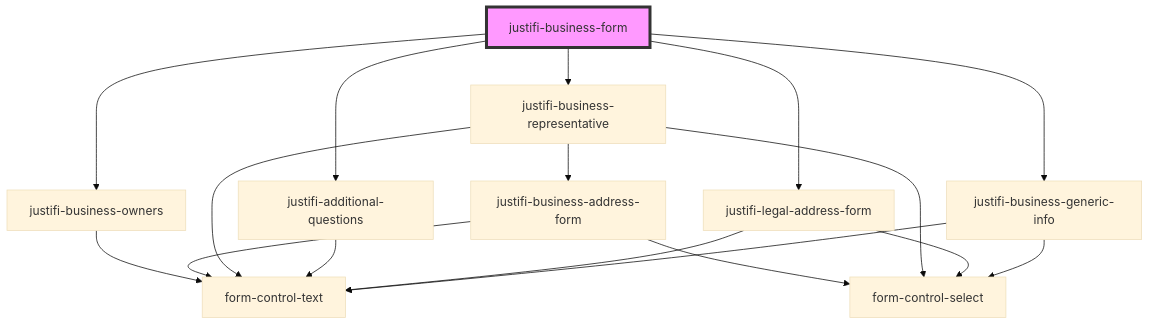
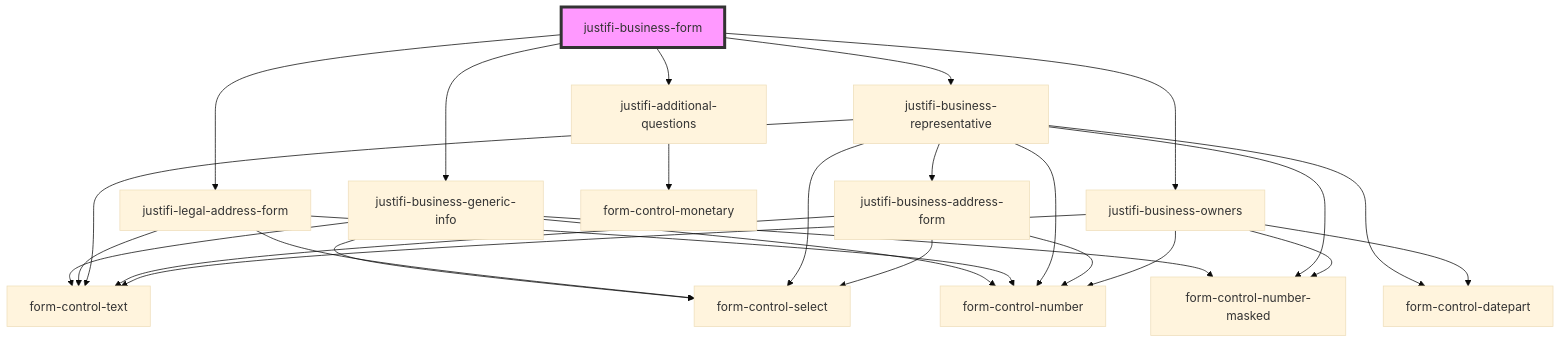
Before and after one commit to justifi-tech/web-component-library: the diagram in stencil-library/src/components/business-form/readme.md, drawn with Mermaid (base theme). The commit also changed 18 other files, not shown here.

````diff
--- a/stencil-library/src/components/business-form/readme.md
+++ b/stencil-library/src/components/business-form/readme.md
@@ -27,20 +27,30 @@
 ```mermaid
 graph TD;
   justifi-business-form --> justifi-business-generic-info
   justifi-business-form --> justifi-legal-address-form
   justifi-business-form --> justifi-additional-questions
   justifi-business-form --> justifi-business-representative
   justifi-business-form --> justifi-business-owners
   justifi-business-generic-info --> form-control-text
   justifi-business-generic-info --> form-control-select
+  justifi-business-generic-info --> form-control-number
+  justifi-business-generic-info --> form-control-number-masked
   justifi-legal-address-form --> form-control-text
+  justifi-legal-address-form --> form-control-number
   justifi-legal-address-form --> form-control-select
-  justifi-additional-questions --> form-control-text
+  justifi-additional-questions --> form-control-monetary
   justifi-business-representative --> form-control-text
   justifi-business-representative --> form-control-select
+  justifi-business-representative --> form-control-number-masked
+  justifi-business-representative --> form-control-datepart
+  justifi-business-representative --> form-control-number
   justifi-business-representative --> justifi-business-address-form
   justifi-business-address-form --> form-control-text
   justifi-business-address-form --> form-control-select
+  justifi-business-address-form --> form-control-number
   justifi-business-owners --> form-control-text
+  justifi-business-owners --> form-control-number-masked
+  justifi-business-owners --> form-control-datepart
+  justifi-business-owners --> form-control-number
   style justifi-business-form fill:#f9f,stroke:#333,stroke-width:4px
 ```
````
